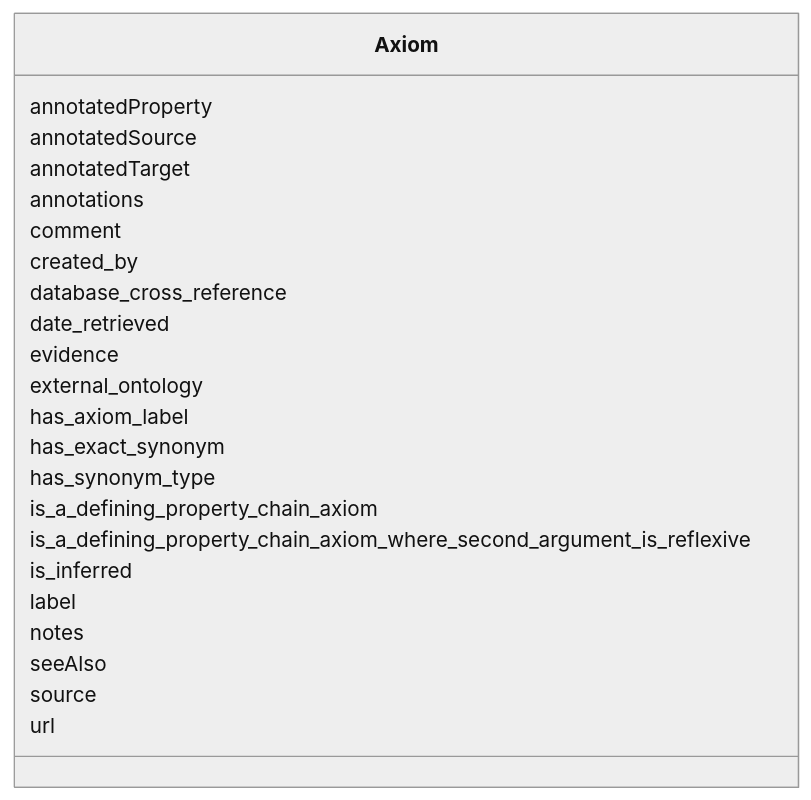
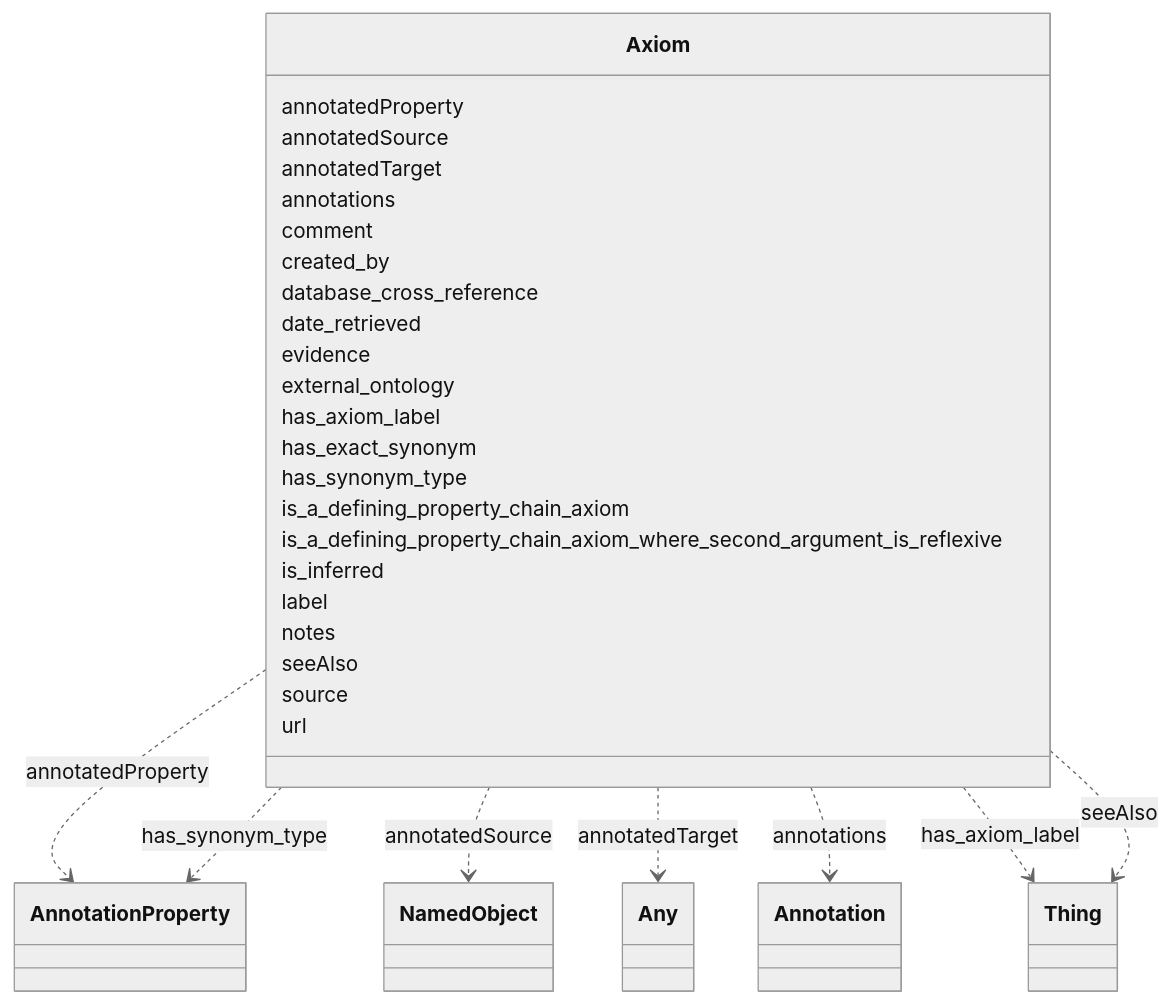
The diagram in ontology-metadata/Axiom.md (INCATools/ontology-access-kit), drawn with Mermaid (neutral theme) before and after one commit. The commit also changed other lines of this file and 1783 other files, not shown here.

````diff
--- a/ontology-metadata/Axiom.md
+++ b/ontology-metadata/Axiom.md
@@ -11,26 +11,61 @@
 ```{mermaid}
  classDiagram
     class Axiom
       Axiom : annotatedProperty
+        
+          Axiom ..> AnnotationProperty : annotatedProperty
+        
       Axiom : annotatedSource
+        
+          Axiom ..> NamedObject : annotatedSource
+        
       Axiom : annotatedTarget
+        
+          Axiom ..> Any : annotatedTarget
+        
       Axiom : annotations
+        
+          Axiom ..> Annotation : annotations
+        
       Axiom : comment
+        
       Axiom : created_by
+        
       Axiom : database_cross_reference
+        
       Axiom : date_retrieved
+        
       Axiom : evidence
+        
       Axiom : external_ontology
+        
       Axiom : has_axiom_label
+        
+          Axiom ..> Thing : has_axiom_label
+        
       Axiom : has_exact_synonym
+        
       Axiom : has_synonym_type
+        
+          Axiom ..> AnnotationProperty : has_synonym_type
+        
       Axiom : is_a_defining_property_chain_axiom
+        
       Axiom : is_a_defining_property_chain_axiom_where_second_argument_is_reflexive
+        
       Axiom : is_inferred
+        
       Axiom : label
+        
       Axiom : notes
+        
       Axiom : seeAlso
+        
+          Axiom ..> Thing : seeAlso
+        
       Axiom : source
+        
       Axiom : url
+        
       
 ```
````
